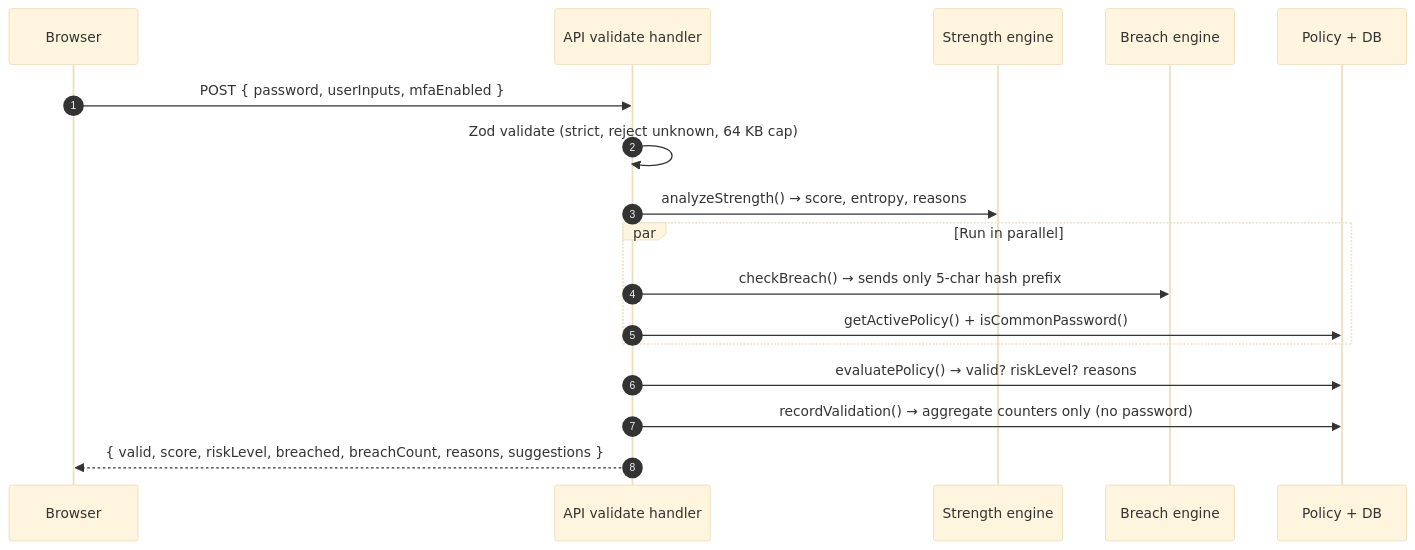
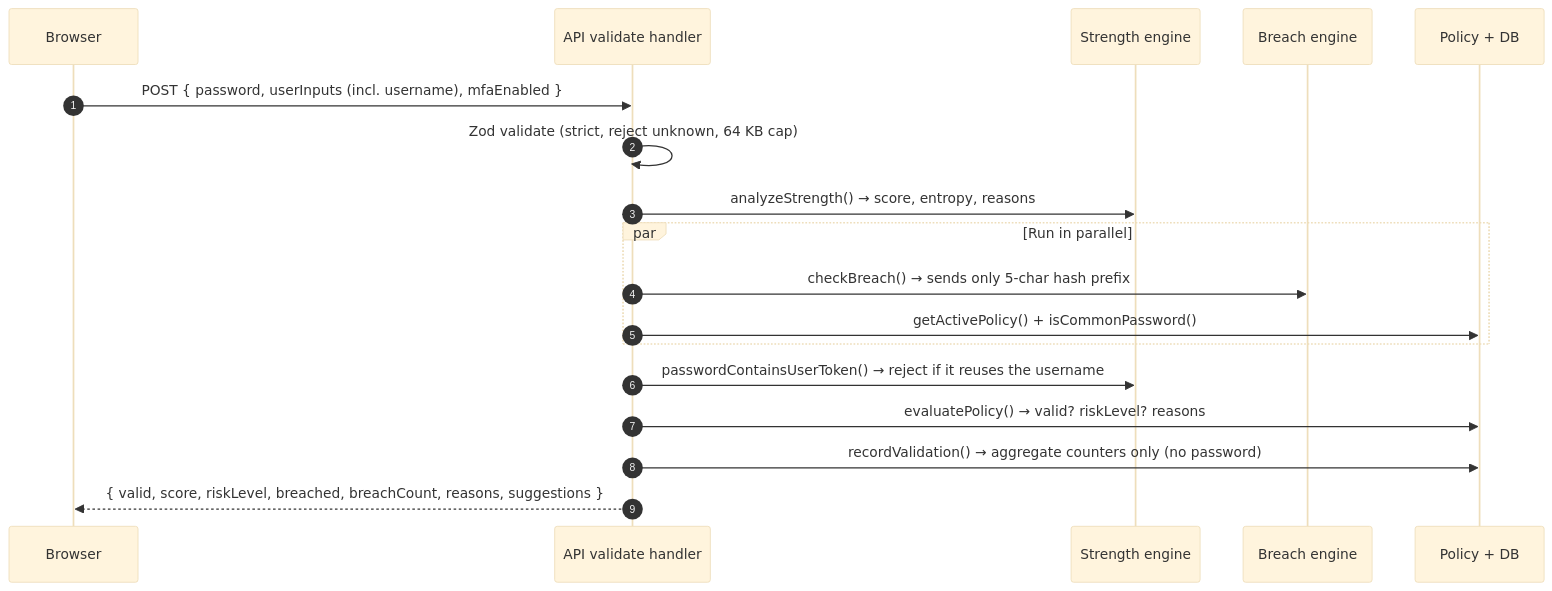
The third of 8 diagrams in ARCHITECTURE.md (krish4479/keysheild-breach-detector), drawn with Mermaid (base theme) before and after one commit. The commit also changed other lines of this file and 16 other files, not shown here.

First line of the commit message:
Remove API docs; add username-in-password rule; ML metrics + viva sheet

````diff
--- a/ARCHITECTURE.md
+++ b/ARCHITECTURE.md
@@ -93,20 +93,21 @@
 ```mermaid
 sequenceDiagram
   autonumber
   participant B as Browser
   participant A as API validate handler
   participant S as Strength engine
   participant Br as Breach engine
   participant P as Policy + DB
 
-  B->>A: POST { password, userInputs, mfaEnabled }
+  B->>A: POST { password, userInputs (incl. username), mfaEnabled }
   A->>A: Zod validate (strict, reject unknown, 64 KB cap)
   A->>S: analyzeStrength()  → score, entropy, reasons
   par Run in parallel
     A->>Br: checkBreach()  → sends only 5-char hash prefix
     A->>P: getActivePolicy() + isCommonPassword()
   end
+  A->>S: passwordContainsUserToken()  → reject if it reuses the username
   A->>P: evaluatePolicy()  → valid? riskLevel? reasons
   A->>P: recordValidation()  → aggregate counters only (no password)
   A-->>B: { valid, score, riskLevel, breached, breachCount, reasons, suggestions }
 ```
````
